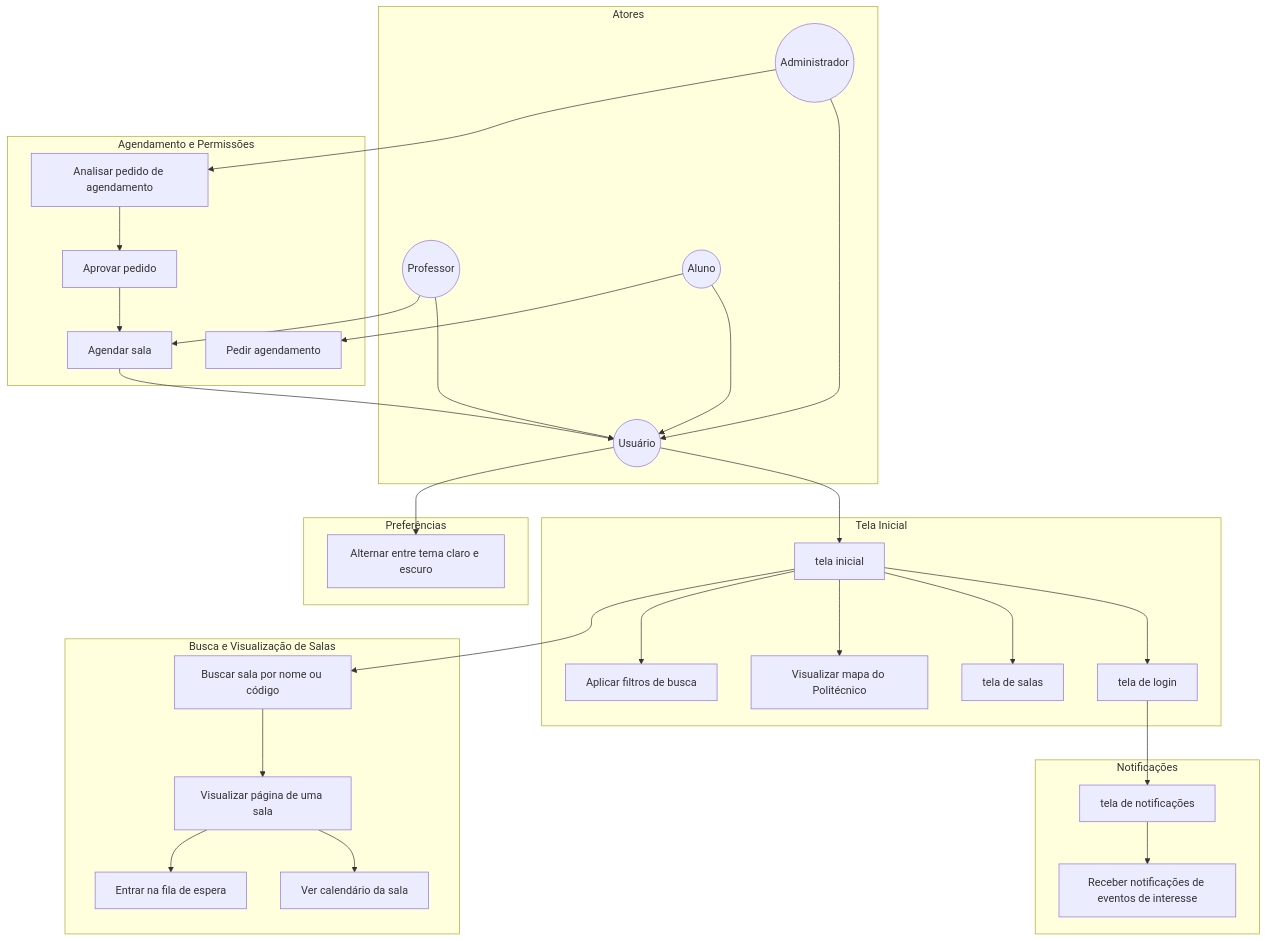
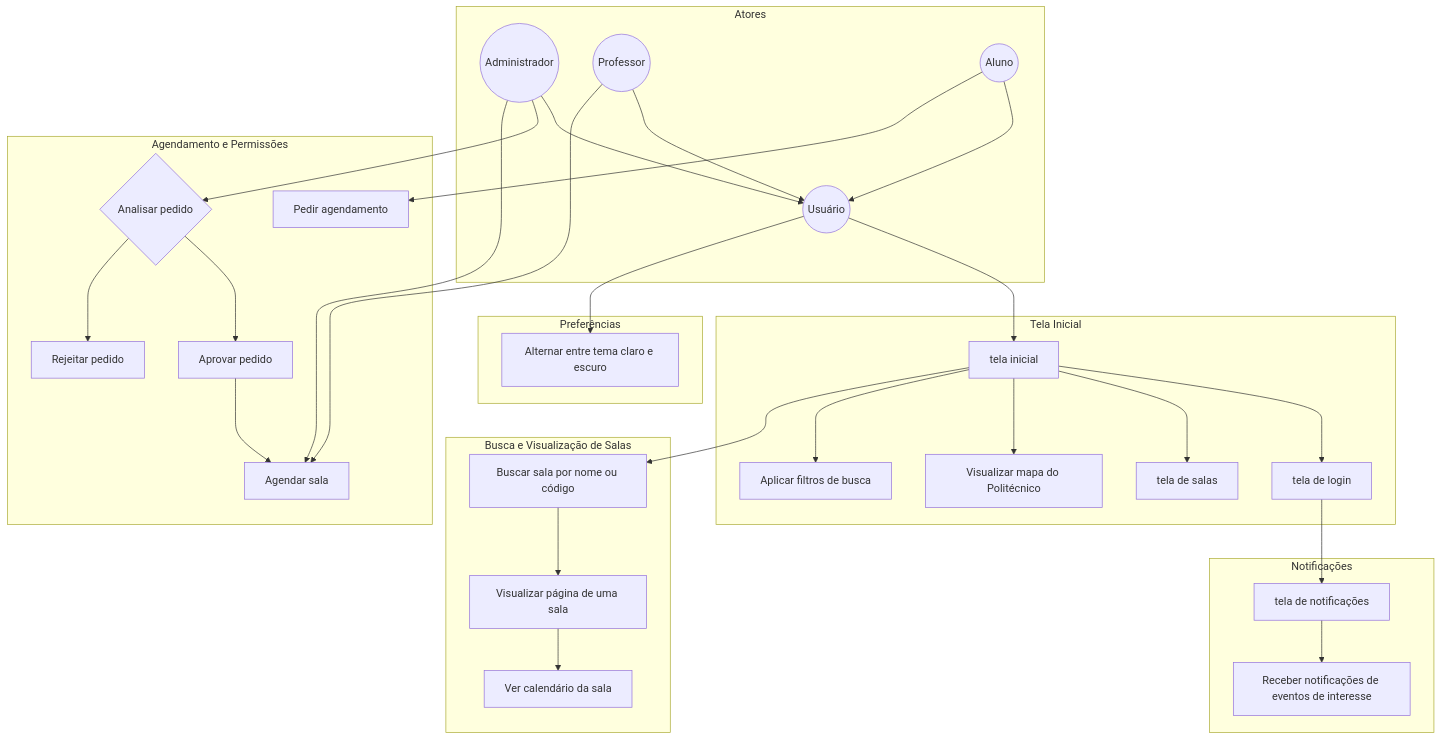
The diagram in Artefatos/diagramas/CasosUso.mmd (CTISM-Prof-Henry/trab-final-spi-super-grupo-incrivel), drawn with Mermaid before and after one commit.

Commit message:
casos de uso atualizado, denovo

```diff
--- a/Artefatos/diagramas/CasosUso.mmd
+++ b/Artefatos/diagramas/CasosUso.mmd
@@ -1,68 +1,67 @@
 graph TD
 
 %% -------------------- Atores --------------------
     subgraph  Atores
         Usuario((Usuário))
         Admin((Administrador))
         Professor((Professor))
         Aluno((Aluno))
         Admin --> Usuario
         Professor --> Usuario
         Aluno --> Usuario
     end
 
 %% -------------------- Tela inicial e navegação --------------------
     subgraph  Tela Inicial
         inicial[tela inicial]
         login[tela de login]
         salas[tela de salas]
         visualizar_mapa[Visualizar mapa do Politécnico]
         aplicar_filtros[Aplicar filtros de busca]
         inicial --> login
         inicial --> salas
         inicial --> visualizar_mapa
         inicial --> aplicar_filtros
         Usuario --> inicial
     end
 
 %% -------------------- Busca e visualização --------------------
     subgraph  Busca e Visualização de Salas
         buscar_sala[Buscar sala por nome ou código]
         visualizar_sala[Visualizar página de uma sala]
         ver_calendario[Ver calendário da sala]
-        entrar_fila[Entrar na fila de espera]
         inicial --> buscar_sala
         buscar_sala --> visualizar_sala
         visualizar_sala --> ver_calendario
-        visualizar_sala --> entrar_fila
     end
 
 %% -------------------- Agendamento --------------------
     subgraph  Agendamento e Permissões
         pedir_agendamento[Pedir agendamento]
-        analisar[Analisar pedido de agendamento]
+        decisao_analisar{Analisar pedido}
         aprovar_pedido[Aprovar pedido]
+        rejeitar_pedido[Rejeitar pedido]
         agendar[Agendar sala]
 
         Aluno --> pedir_agendamento
-        Admin --> analisar
-        analisar --> aprovar_pedido
+        Admin --> decisao_analisar
+        decisao_analisar --> aprovar_pedido
+        decisao_analisar --> rejeitar_pedido
         aprovar_pedido --> agendar
-        agendar --> Usuario
         Professor --> agendar
+        Admin --> agendar
     end
-
 
 %% -------------------- Notificações --------------------
     subgraph  Notificações
         notificacoes[tela de notificações]
         receber_notificacoes[Receber notificações de eventos de interesse]
         login --> notificacoes
         notificacoes --> receber_notificacoes
     end
 
 %% -------------------- Preferência de usuário --------------------
     subgraph  Preferências
         alternar_tema[Alternar entre tema claro e escuro]
         Usuario --> alternar_tema
     end
```
